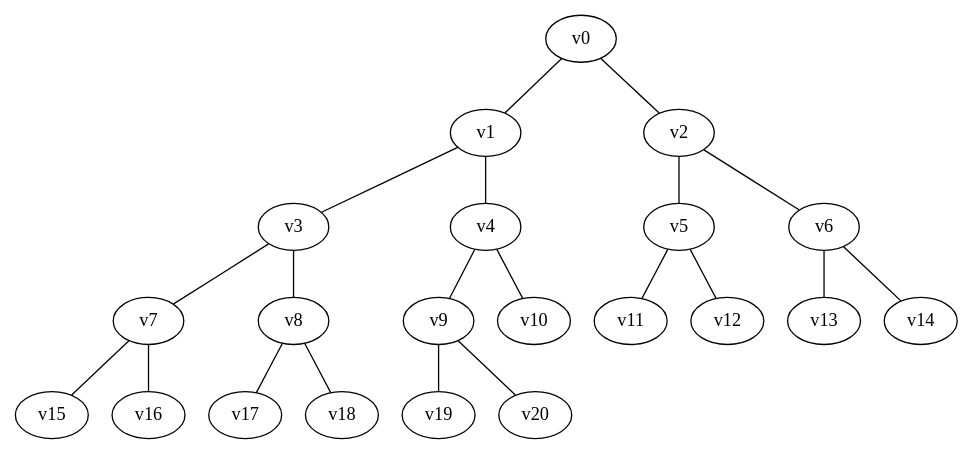
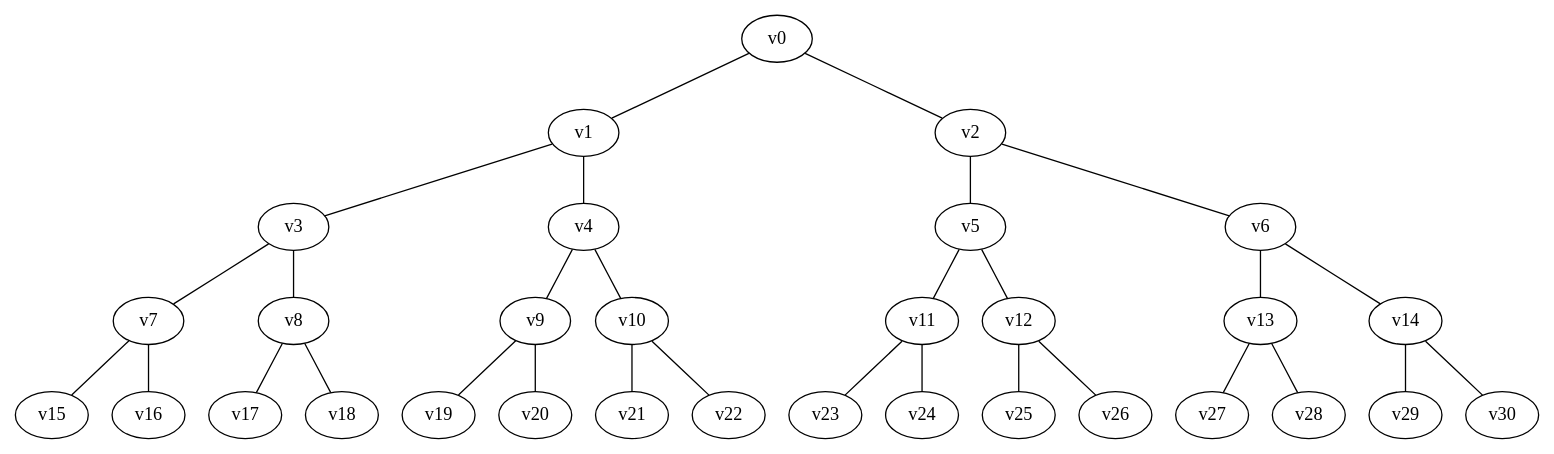
One commit to alexandrayakovleva/dot_graph_examples changed the diagram in binary_tree.dot. Above: the diagram before and after it, drawn with Graphviz.

```diff
--- a/binary_tree.dot
+++ b/binary_tree.dot
@@ -1,22 +1,32 @@
 graph G {
 v0 -- v1
 v0 -- v2
 v1 -- v3
 v1 -- v4
 v2 -- v5
 v2 -- v6
 v3 -- v7
 v3 -- v8
 v4 -- v9
 v4 -- v10
 v5 -- v11
 v5 -- v12
 v6 -- v13
 v6 -- v14
 v7 -- v15
 v7 -- v16
 v8 -- v17
 v8 -- v18
 v9 -- v19
 v9 -- v20
+v10 -- v21
+v10 -- v22
+v11 -- v23
+v11 -- v24
+v12 -- v25
+v12 -- v26
+v13 -- v27
+v13 -- v28
+v14 -- v29
+v14 -- v30
 }
```
